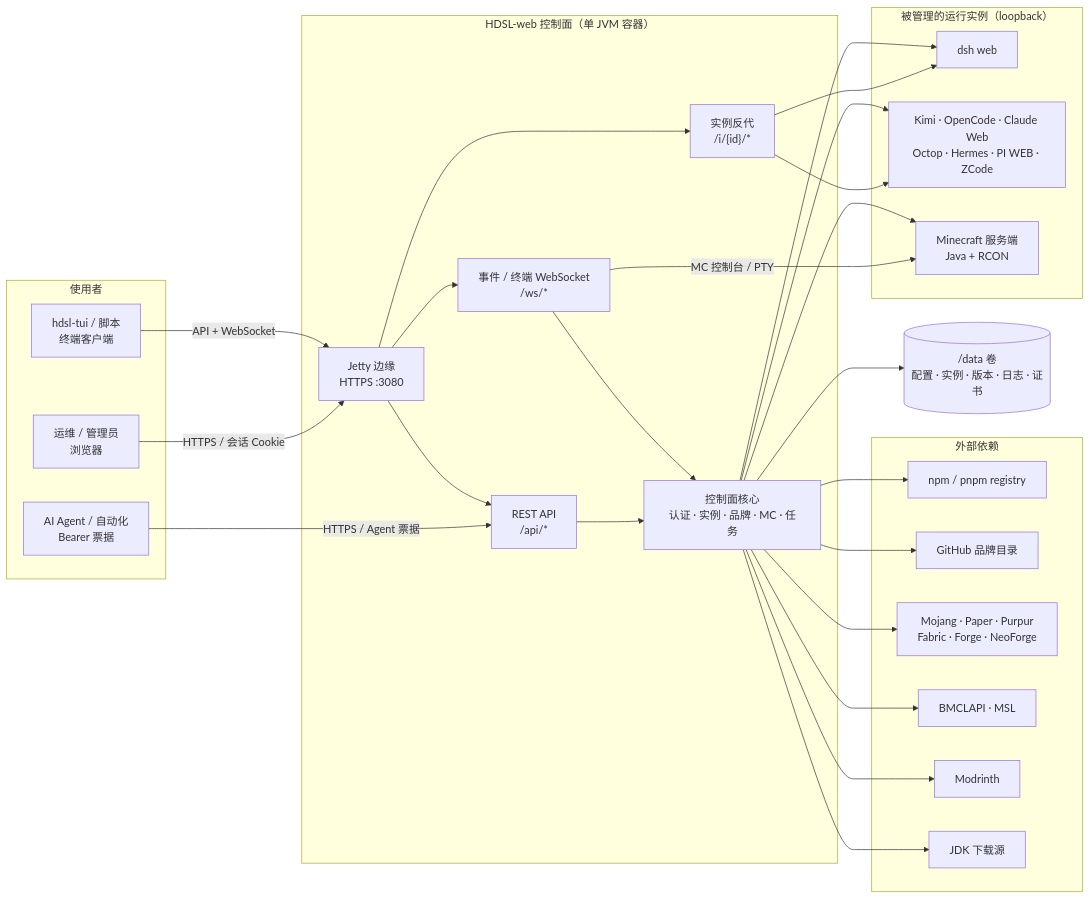
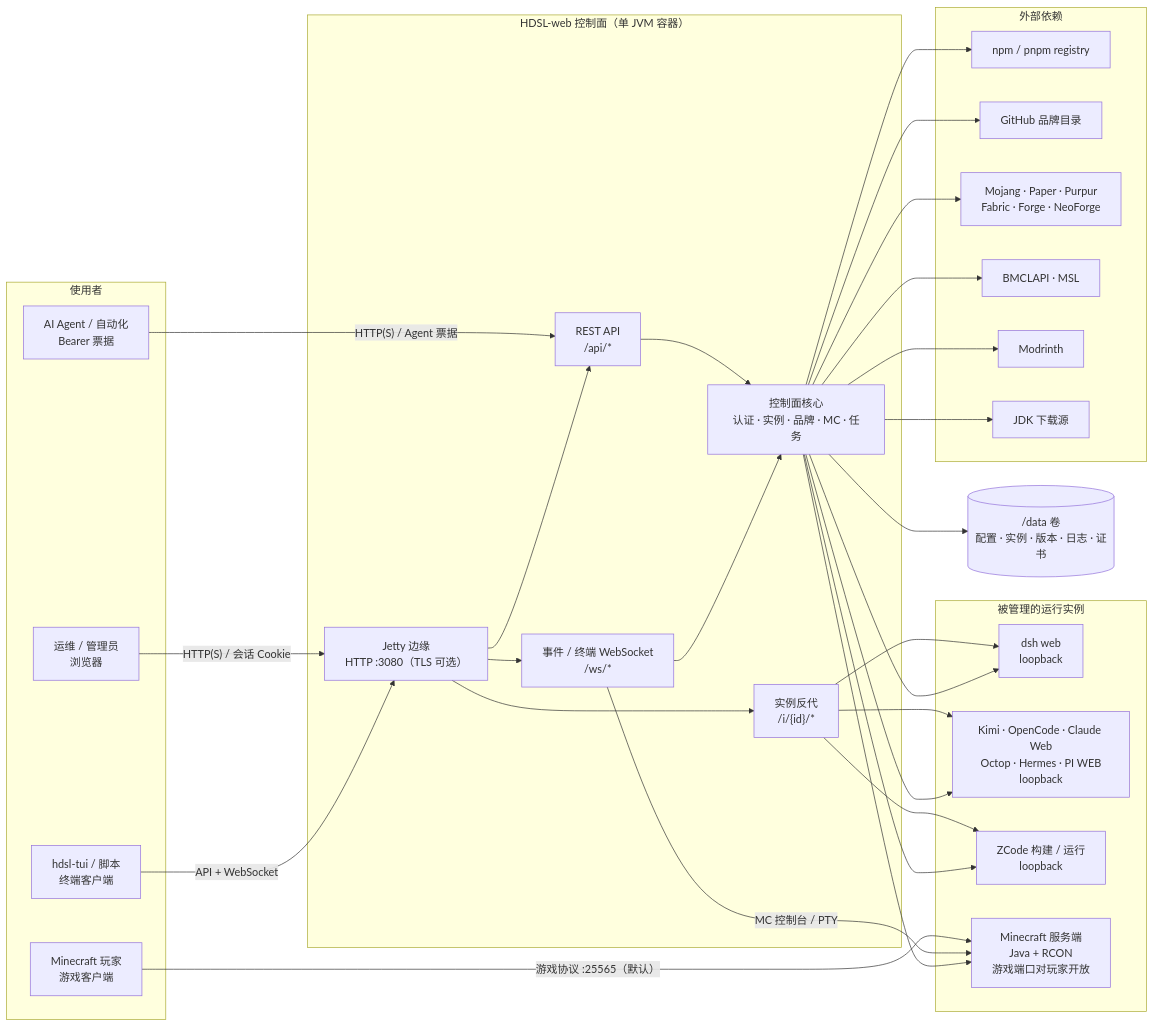
The diagram in docs/architecture/context.md (nas200-timmy/HDSL-WEB), drawn with Mermaid before and after one commit. The commit also changed other lines of this file and 4 other files, not shown here.

First line of the commit message:
docs(architecture): 修正架构图与代码不符之处

````diff
--- a/docs/architecture/context.md
+++ b/docs/architecture/context.md
@@ -5,55 +5,60 @@
 ```mermaid
 flowchart LR
   subgraph users["使用者"]
     op["运维 / 管理员<br/>浏览器"]
     agent["AI Agent / 自动化<br/>Bearer 票据"]
     tui["hdsl-tui / 脚本<br/>终端客户端"]
+    players["Minecraft 玩家<br/>游戏客户端"]
   end
 
   subgraph panel["HDSL-web 控制面（单 JVM 容器）"]
-    edge["Jetty 边缘<br/>HTTPS :3080"]
+    edge["Jetty 边缘<br/>HTTP :3080（TLS 可选）"]
     api["REST API<br/>/api/*"]
     proxy["实例反代<br/>/i/{id}/*"]
     ws["事件 / 终端 WebSocket<br/>/ws/*"]
     control["控制面核心<br/>认证 · 实例 · 品牌 · MC · 任务"]
   end
 
-  subgraph instances["被管理的运行实例（loopback）"]
-    dsh["dsh web"]
-    brands["Kimi · OpenCode · Claude Web<br/>Octop · Hermes · PI WEB · ZCode"]
-    mc["Minecraft 服务端<br/>Java + RCON"]
+  subgraph instances["被管理的运行实例"]
+    dsh["dsh web<br/>loopback"]
+    brands["Kimi · OpenCode · Claude Web<br/>Octop · Hermes · PI WEB<br/>loopback"]
+    zcode["ZCode 构建 / 运行<br/>loopback"]
+    mc["Minecraft 服务端<br/>Java + RCON<br/>游戏端口对玩家开放"]
   end
 
   subgraph external["外部依赖"]
     npm["npm / pnpm registry"]
     gh["GitHub 品牌目录"]
     upstream["Mojang · Paper · Purpur<br/>Fabric · Forge · NeoForge"]
     mirror["BMCLAPI · MSL"]
     modrinth["Modrinth"]
     jdk["JDK 下载源"]
   end
 
   data[("/data 卷<br/>配置 · 实例 · 版本 · 日志 · 证书")]
 
-  op -->|"HTTPS / 会话 Cookie"| edge
-  agent -->|"HTTPS / Agent 票据"| api
+  op -->|"HTTP(S) / 会话 Cookie"| edge
+  agent -->|"HTTP(S) / Agent 票据"| api
   tui -->|"API + WebSocket"| edge
+  players -->|"游戏协议 :25565（默认）"| mc
   edge --> api
   edge --> proxy
   edge --> ws
   api --> control
   ws --> control
   proxy --> dsh
   proxy --> brands
+  proxy --> zcode
   ws -->|"MC 控制台 / PTY"| mc
   control --> dsh
   control --> brands
+  control --> zcode
   control --> mc
   control --> data
   control --> npm
   control --> gh
   control --> upstream
   control --> mirror
   control --> modrinth
   control --> jdk
 ```
````
